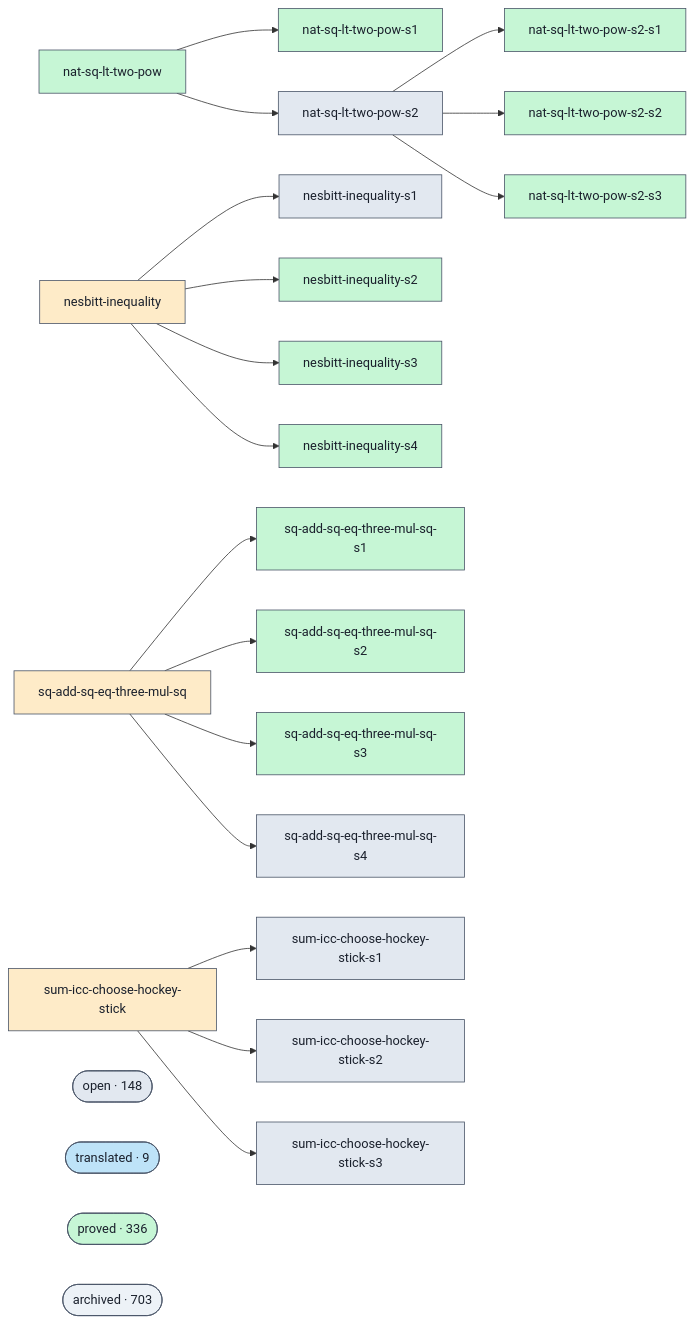
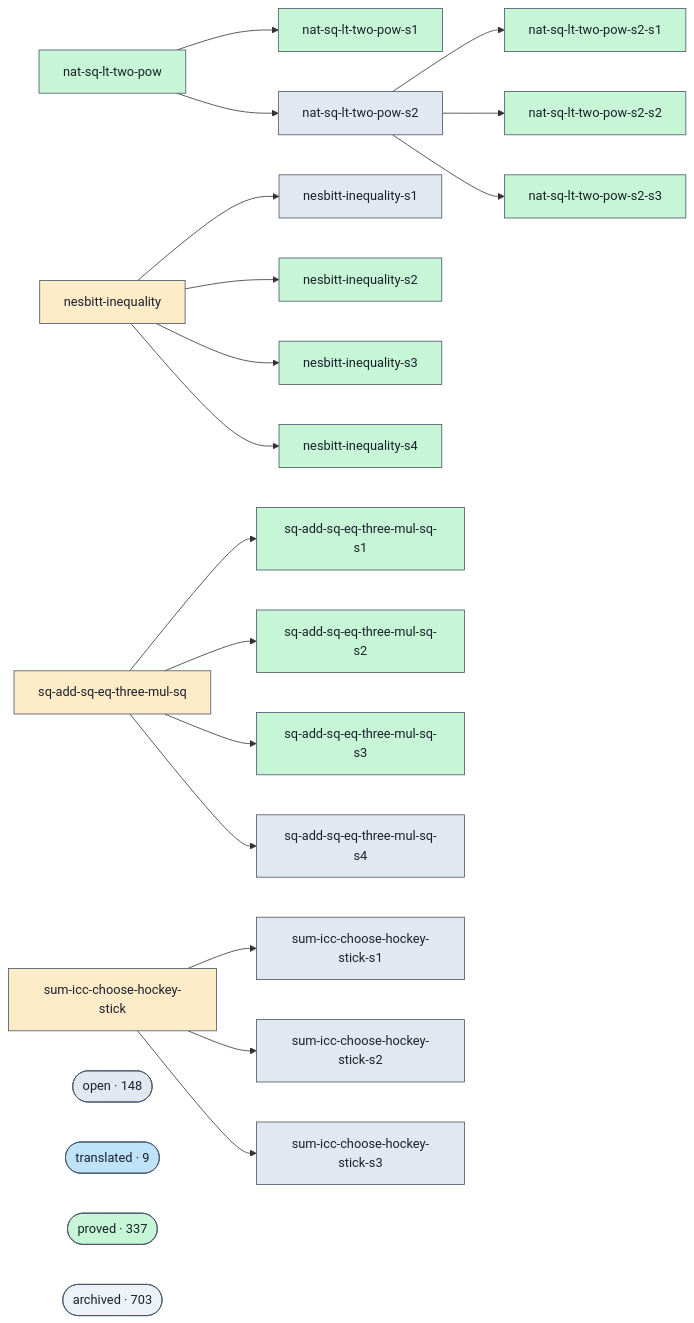
The diagram in docs/proofs-contributors-visualisation.md (ohdearquant/unsorry), drawn with Mermaid before and after one commit. The commit also changed other lines of this file and 2 other files, not shown here.

```diff
--- a/docs/proofs-contributors-visualisation.md
+++ b/docs/proofs-contributors-visualisation.md
@@ -102,7 +102,7 @@
   class cluster_open open;
   cluster_translated(["translated · 9"])
   class cluster_translated translated;
-  cluster_proved(["proved · 336"])
+  cluster_proved(["proved · 337"])
   class cluster_proved proved;
   cluster_archived(["archived · 703"])
   class cluster_archived unknown;
```
